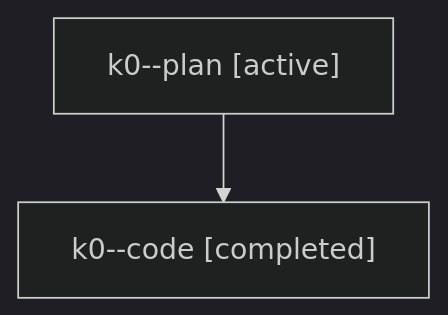
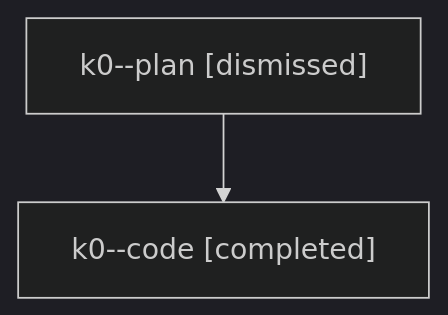
Before and after one commit to sase-org/sase--agents: the diagram in sessions/bbugyi200.athena.k0.md, drawn with Mermaid (dark theme). The commit also changed other lines of this file and 34 other files, not shown here.

````diff
--- a/sessions/bbugyi200.athena.k0.md
+++ b/sessions/bbugyi200.athena.k0.md
@@ -9,6 +9,6 @@
 ```mermaid
 flowchart TD
-  n0["k0--plan [active]"]
+  n0["k0--plan [dismissed]"]
   n1["k0--code [completed]"]
   n0 --> n1
 ```
````
